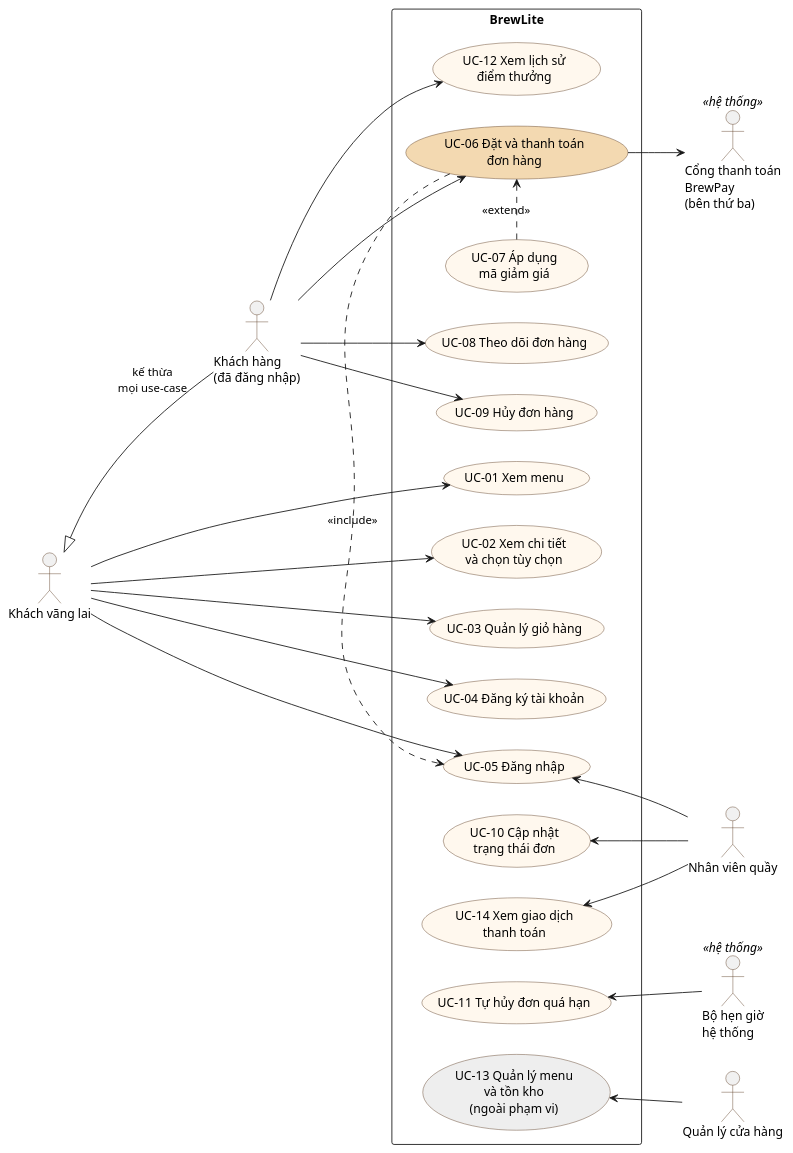
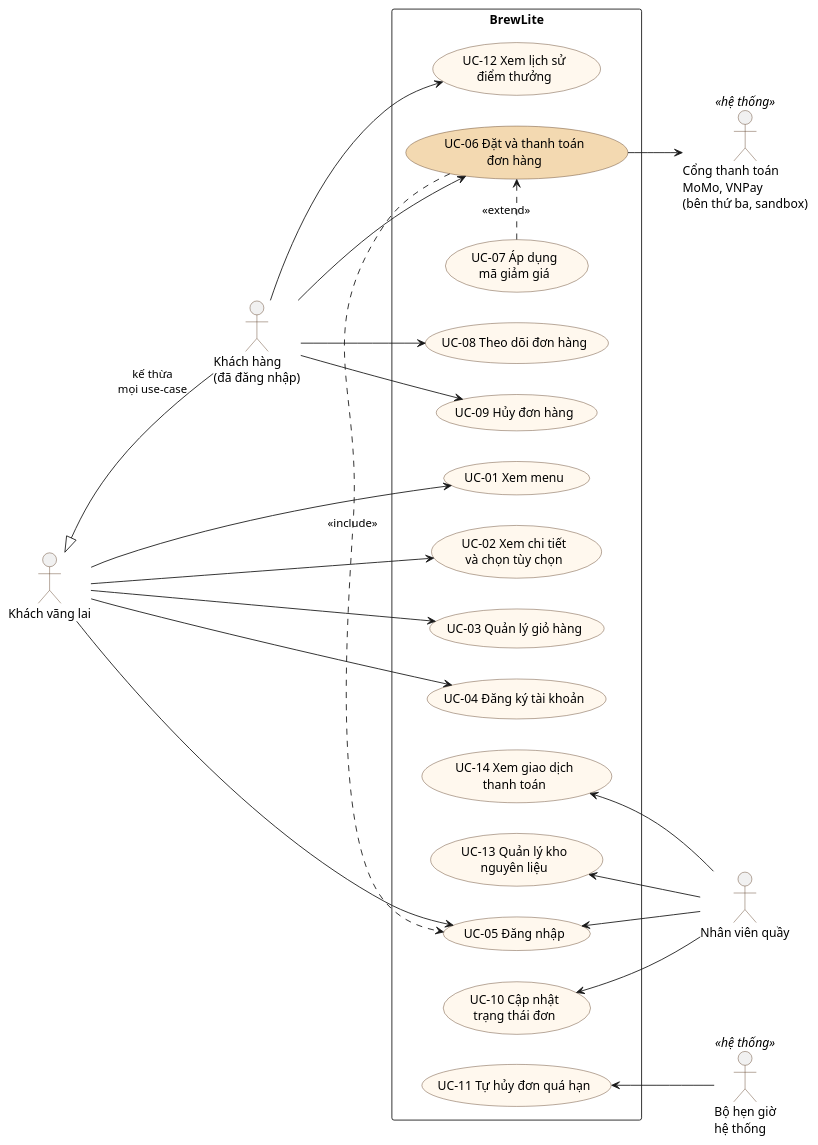
One commit to PhucLee23/brewlite-assignment2 changed the diagram in docs/requirements/use-case-overview.puml. Above: the diagram before and after it, drawn with PlantUML. The commit also changed 1 other file, not shown here.

Commit message:
docs(requirements): use-case Quản lý kho nguyên liệu, cổng MoMo, VNPay

```diff
--- a/docs/requirements/use-case-overview.puml
+++ b/docs/requirements/use-case-overview.puml
@@ -1,59 +1,58 @@
 @startuml use-case-overview
 ' Sơ đồ use-case tổng quát của BrewLite (Task 1.2)
-' Bên trái: tác nhân phía khách; bên phải: nhân viên, quản lý và hệ thống ngoài
+' Bên trái: tác nhân phía khách; bên phải: nhân viên và hệ thống ngoài
 left to right direction
 skinparam packageStyle rectangle
 skinparam shadowing false
 skinparam defaultFontName Arial
 skinparam usecase {
   BackgroundColor #FFF8EE
   BorderColor #5A3A22
 }
 skinparam actorBorderColor #5A3A22
 
 actor "Khách vãng lai" as Guest
 actor "Khách hàng\n(đã đăng nhập)" as Customer
 actor "Nhân viên quầy" as Staff
-actor "Quản lý cửa hàng" as Manager
-actor "Cổng thanh toán\nBrewPay\n(bên thứ ba)" as Gateway <<hệ thống>>
+actor "Cổng thanh toán\nMoMo, VNPay\n(bên thứ ba, sandbox)" as Gateway <<hệ thống>>
 actor "Bộ hẹn giờ\nhệ thống" as Timer <<hệ thống>>
 
 rectangle "BrewLite" {
   usecase "UC-01 Xem menu" as UC01
   usecase "UC-02 Xem chi tiết\nvà chọn tùy chọn" as UC02
   usecase "UC-03 Quản lý giỏ hàng" as UC03
   usecase "UC-04 Đăng ký tài khoản" as UC04
   usecase "UC-05 Đăng nhập" as UC05
   usecase "UC-06 Đặt và thanh toán\nđơn hàng" as UC06 #F3D9B1
   usecase "UC-07 Áp dụng\nmã giảm giá" as UC07
   usecase "UC-08 Theo dõi đơn hàng" as UC08
   usecase "UC-09 Hủy đơn hàng" as UC09
   usecase "UC-12 Xem lịch sử\nđiểm thưởng" as UC12
   usecase "UC-10 Cập nhật\ntrạng thái đơn" as UC10
   usecase "UC-11 Tự hủy đơn quá hạn" as UC11
   usecase "UC-14 Xem giao dịch\nthanh toán" as UC14
-  usecase "UC-13 Quản lý menu\nvà tồn kho\n(ngoài phạm vi)" as UC13 #EEEEEE
+  usecase "UC-13 Quản lý kho\nnguyên liệu" as UC13
 }
 
 Guest --> UC01
 Guest --> UC02
 Guest --> UC03
 Guest --> UC04
 Guest --> UC05
 
 Customer --> UC06
 Customer --> UC08
 Customer --> UC09
 Customer --> UC12
 Guest <|-- Customer : kế thừa\nmọi use-case
 
 UC07 .[norank].> UC06 : <<extend>>
 UC06 .[norank].> UC05 : <<include>>
 
 UC05 <-- Staff
 UC10 <-- Staff
 UC14 <-- Staff
-UC13 <-- Manager
+UC13 <-- Staff
 UC06 --> Gateway
 UC11 <-- Timer
 @enduml
```
